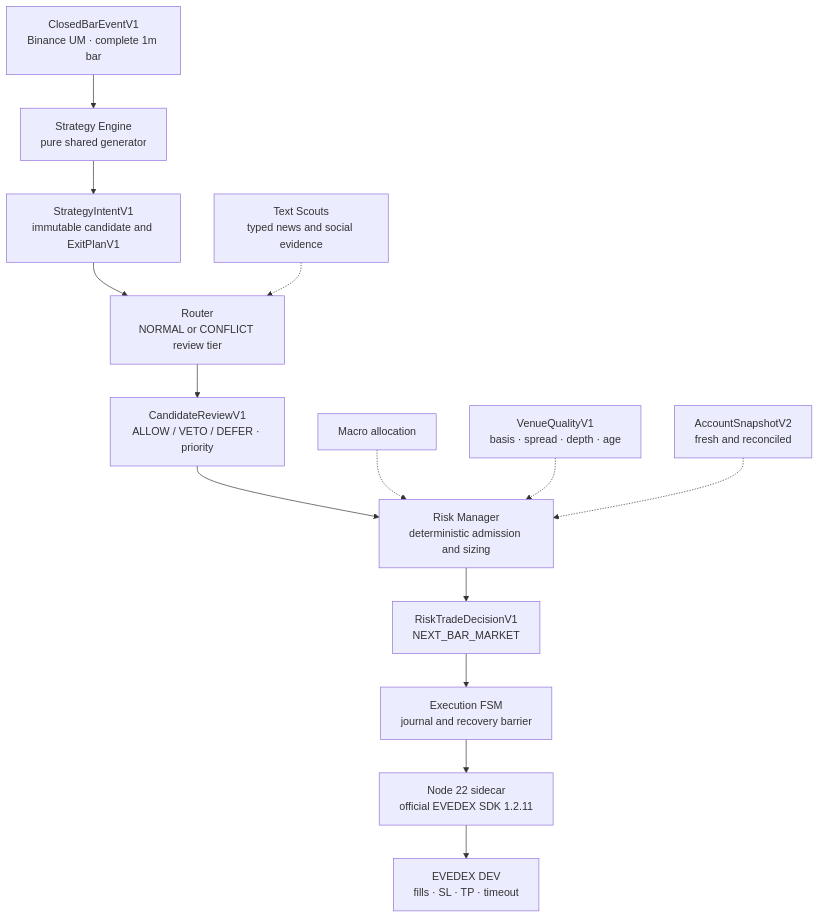
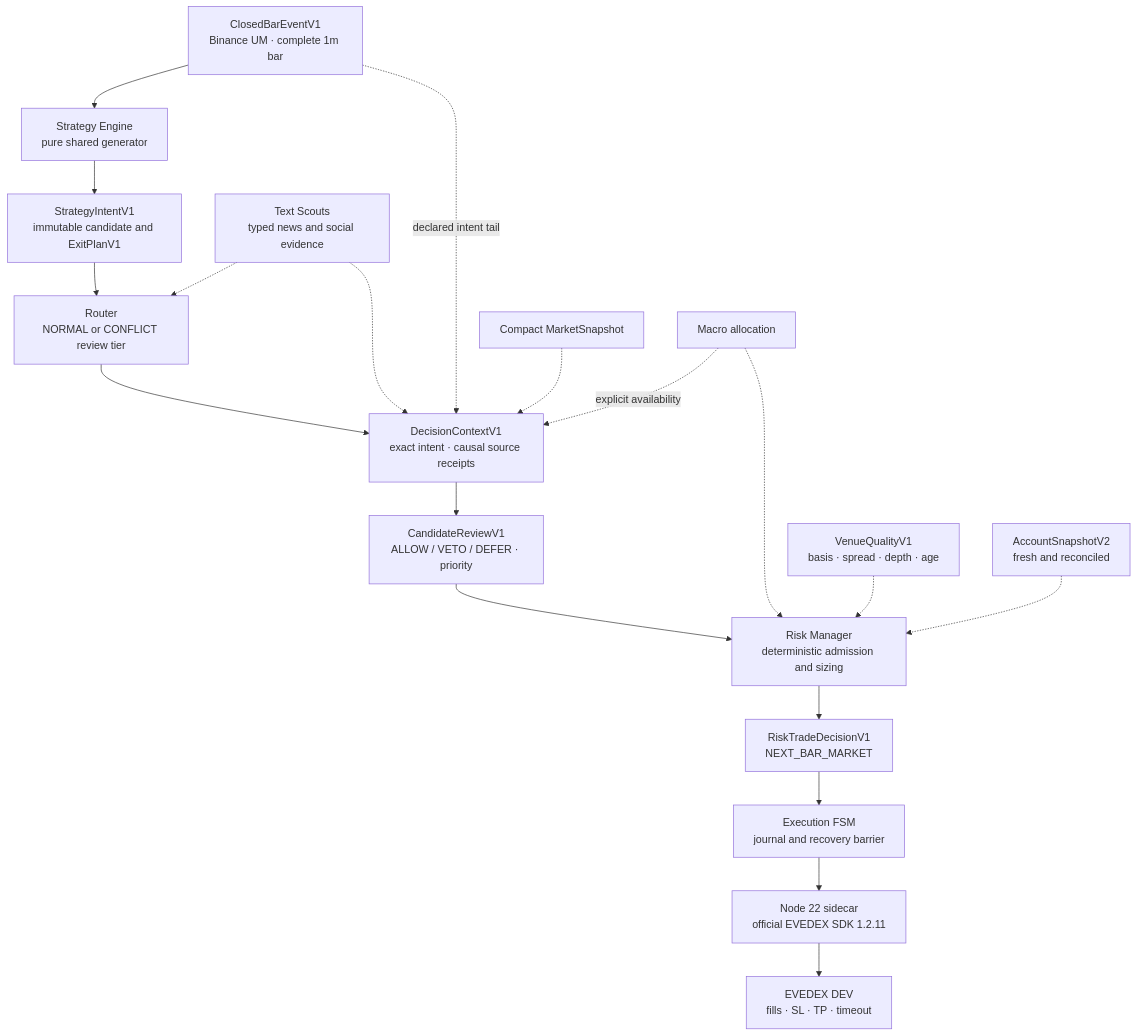
One commit to Kairos-cryptoAI/kairos changed the first of 4 diagrams in docs/ARCHITECTURE.md. Above: the diagram before and after it, drawn with Mermaid. The commit also changed other lines of this file and 7 other files, not shown here.

````diff
--- a/docs/ARCHITECTURE.md
+++ b/docs/ARCHITECTURE.md
@@ -11,17 +17,22 @@
 ```mermaid
 flowchart TB
     B["ClosedBarEventV1<br/>Binance UM · complete 1m bar"] --> S["Strategy Engine<br/>pure shared generator"]
     S --> I["StrategyIntentV1<br/>immutable candidate and ExitPlanV1"]
     I --> R["Router<br/>NORMAL or CONFLICT review tier"]
-    R --> A["CandidateReviewV1<br/>ALLOW / VETO / DEFER · priority"]
+    R --> Q["DecisionContextV1<br/>exact intent · causal source receipts"]
+    Q --> A["CandidateReviewV1<br/>ALLOW / VETO / DEFER · priority"]
     A --> K["Risk Manager<br/>deterministic admission and sizing"]
     K --> D["RiskTradeDecisionV1<br/>NEXT_BAR_MARKET"]
     D --> E["Execution FSM<br/>journal and recovery barrier"]
     E --> N["Node 22 sidecar<br/>official EVEDEX SDK 1.2.11"]
     N --> X["EVEDEX DEV<br/>fills · SL · TP · timeout"]
 
     T["Text Scouts<br/>typed news and social evidence"] -.-> R
+    T -.-> Q
+    B -. "declared intent tail" .-> Q
+    P["Compact MarketSnapshot"] -.-> Q
     M["Macro allocation"] -.-> K
+    M -. "explicit availability" .-> Q
     V["VenueQualityV1<br/>basis · spread · depth · age"] -.-> K
     C["AccountSnapshotV2<br/>fresh and reconciled"] -.-> K
 ```
````
